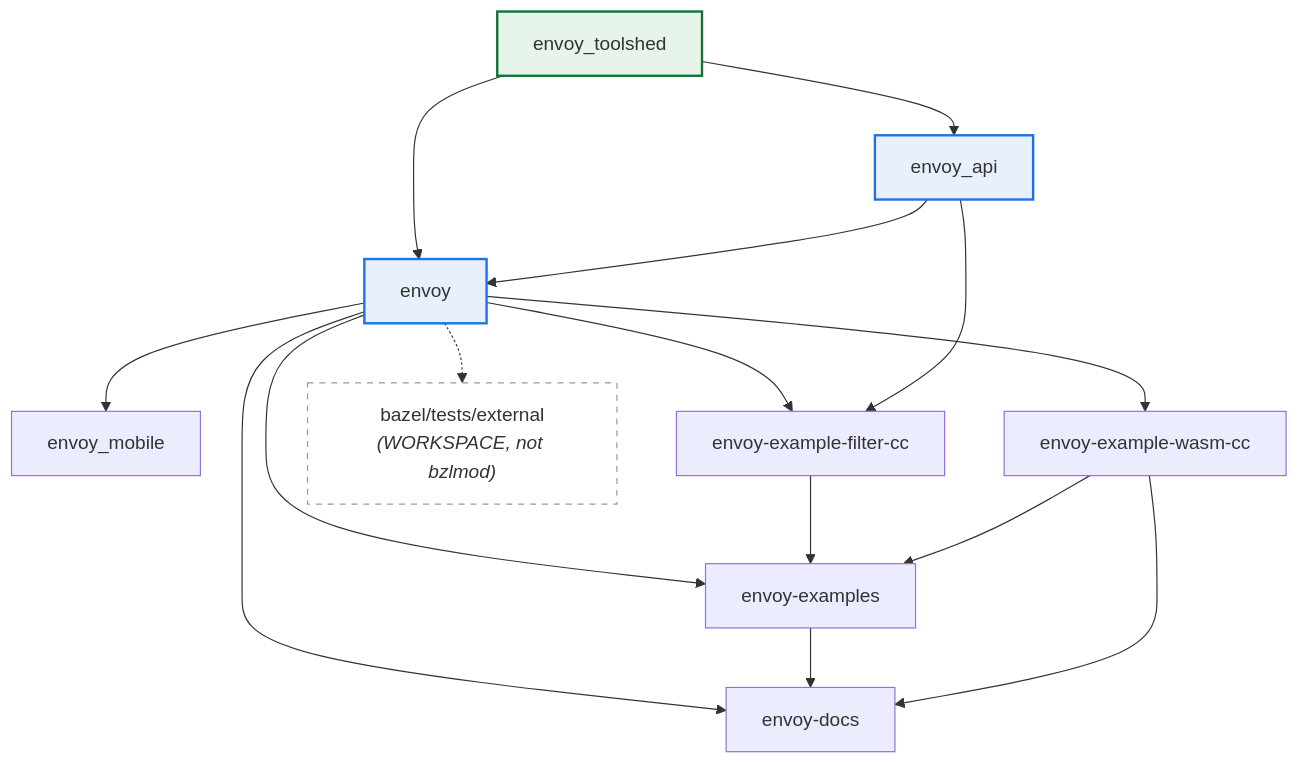
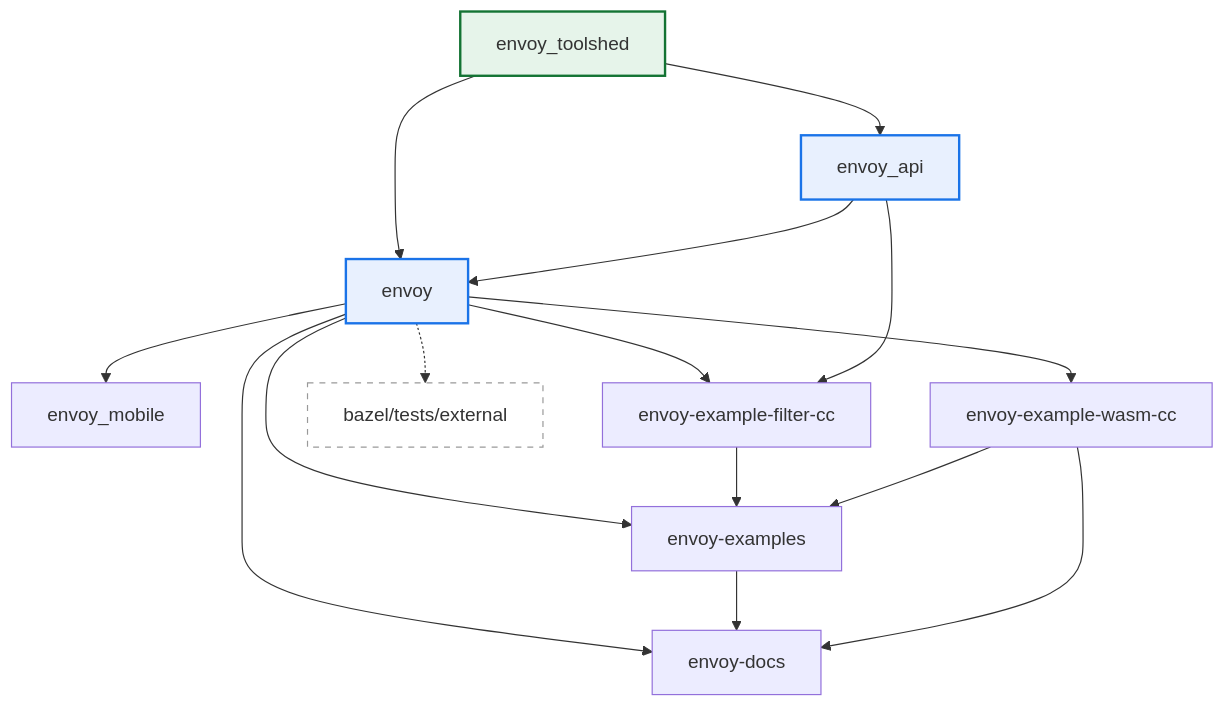
One commit to envoyproxy/envoy changed the diagram in bazel/dep-graph.md. Above: the diagram before and after it, drawn with Mermaid. The commit also changed 17 other files, not shown here.

````diff
--- a/bazel/dep-graph.md
+++ b/bazel/dep-graph.md
@@ -3,38 +3,38 @@
 ```mermaid
 graph TD
     toolshed["envoy_toolshed"]
     api["envoy_api"]
     envoy["envoy"]
     mobile["envoy_mobile"]
     docs["envoy-docs"]
     examples["envoy-examples"]
     filter_cc["envoy-example-filter-cc"]
     wasm_cc["envoy-example-wasm-cc"]
-    ext_test["bazel/tests/external<br/><i>(WORKSPACE, not bzlmod)</i>"]
+    ext_test["bazel/tests/external"]
 
     toolshed --> api
     toolshed --> envoy
     api --> envoy
 
     envoy --> mobile
     envoy --> docs
     envoy --> examples
     envoy --> filter_cc
     envoy --> wasm_cc
     envoy -.-> ext_test
 
     api --> filter_cc
 
     examples --> docs
     wasm_cc --> docs
 
     filter_cc --> examples
     wasm_cc --> examples
 
     classDef root fill:#e6f4ea,stroke:#137333,stroke-width:2px
     classDef core fill:#e8f0fe,stroke:#1a73e8,stroke-width:2px
-    classDef ws fill:#fff,stroke:#999,stroke-dasharray: 5 5
+    classDef consumer fill:#fff,stroke:#999,stroke-dasharray: 5 5
     class toolshed root
     class envoy,api core
-    class ext_test ws
+    class ext_test consumer
 ```
````
